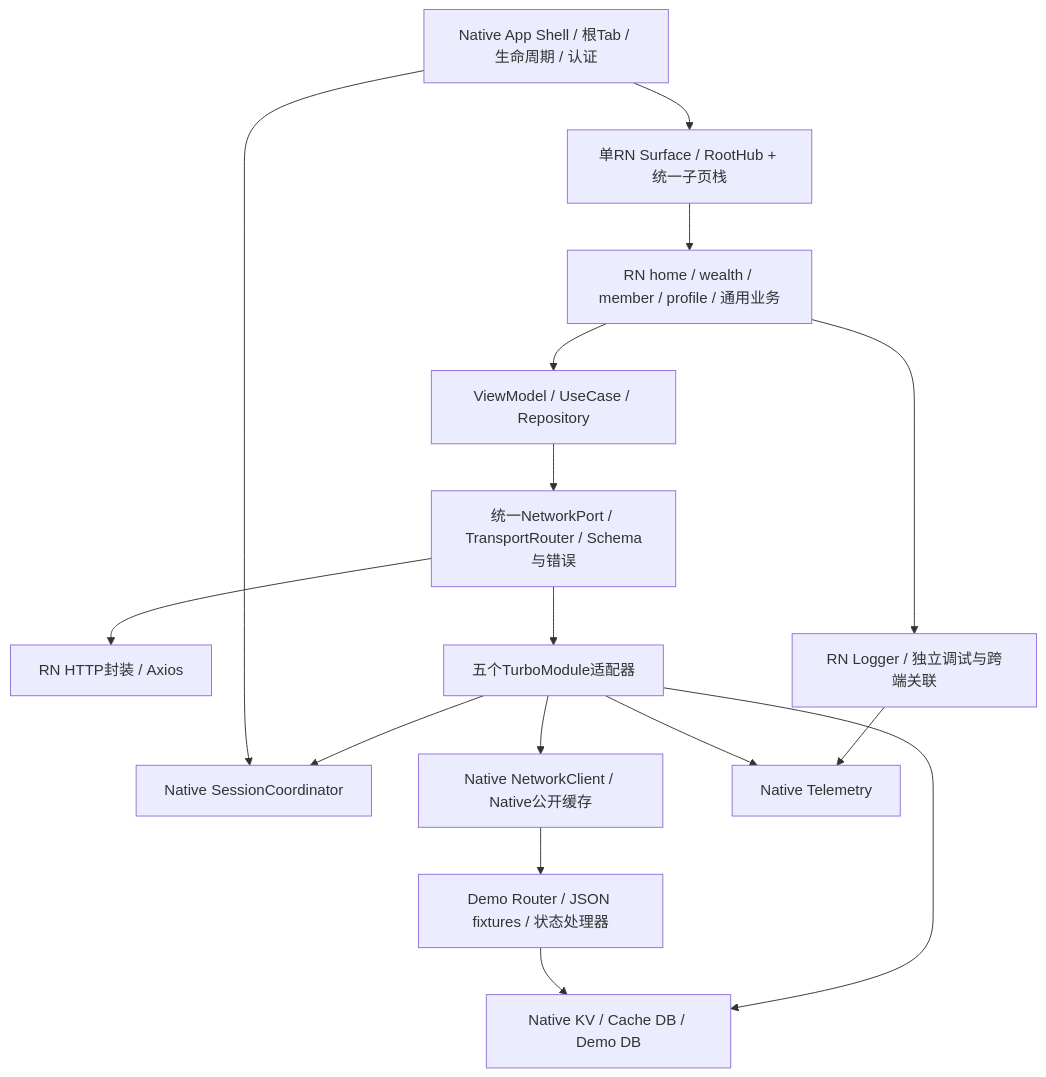
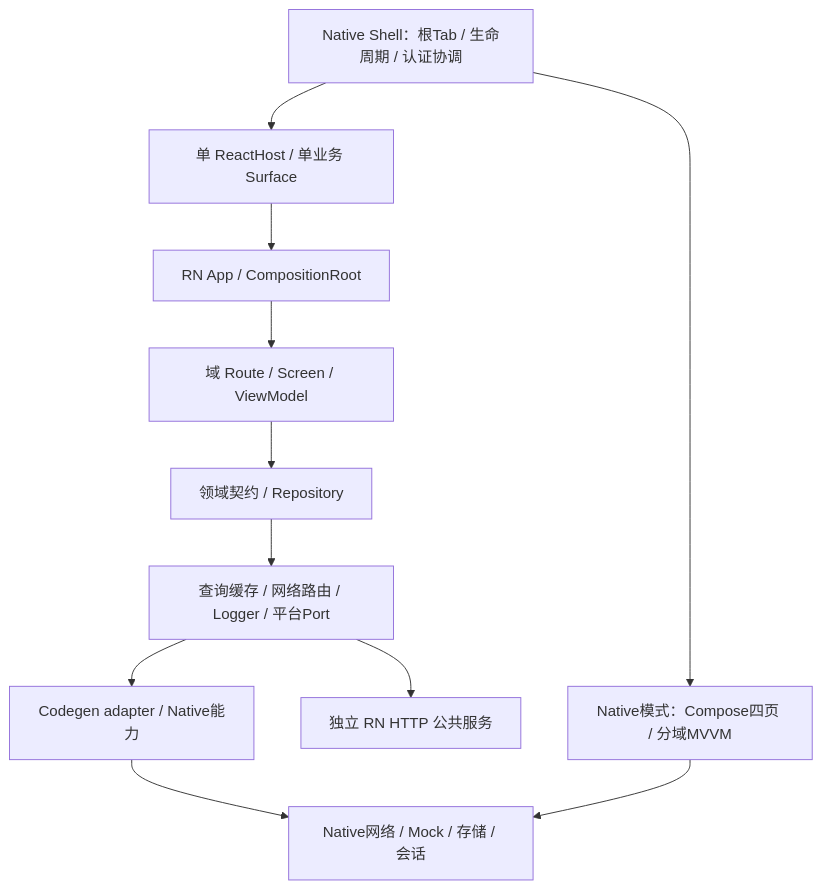
Before and after one commit to rickdynasty/EntryTask: the diagram in docs/design/EtryTask 项目设计方案.md, drawn with Mermaid. The commit also changed other lines of this file and 114 other files, not shown here.

````diff
--- a/docs/design/EtryTask 项目设计方案.md
+++ b/docs/design/EtryTask 项目设计方案.md
@@ -55,22 +11,13 @@
 ```mermaid
-flowchart TB
-  SHELL[Native App Shell / 根Tab / 生命周期 / 认证]
-  SURFACE[单RN Surface / RootHub + 统一子页栈]
-  FEATURES[RN home / wealth / member / profile / 通用业务]
-  VM[ViewModel / UseCase / Repository]
-  PORTS[统一NetworkPort / TransportRouter / Schema与错误]
-  RNHTTP[RN HTTP封装 / Axios]
-  RNLOG[RN Logger / 独立调试与跨端关联]
-  TM[五个TurboModule适配器]
-  SESSION[Native SessionCoordinator]
-  NETWORK[Native NetworkClient / Native公开缓存]
-  MOCK[Demo Router / JSON fixtures / 状态处理器]
-  STORE[Native KV / Cache DB / Demo DB]
-  LOG[Native Telemetry]
-  SHELL --> SURFACE --> FEATURES --> VM --> PORTS --> TM
-  PORTS --> RNHTTP
-  FEATURES --> RNLOG --> LOG
-  TM --> SESSION & NETWORK & STORE & LOG
-  NETWORK --> MOCK --> STORE
-  SHELL --> SESSION
+flowchart TD
+    N[Native Shell：根Tab / 生命周期 / 认证协调] --> H[单 ReactHost / 单业务 Surface]
+    H --> A[RN App / CompositionRoot]
+    A --> V[域 Route / Screen / ViewModel]
+    V --> D[领域契约 / Repository]
+    D --> I[查询缓存 / 网络路由 / Logger / 平台Port]
+    I --> B[Codegen adapter / Native能力]
+    I --> P[独立 RN HTTP 公共服务]
+    B --> M[Native网络 / Mock / 存储 / 会话]
+    N --> C[Native模式：Compose四页 / 分域MVVM]
+    C --> M
 ```
````
